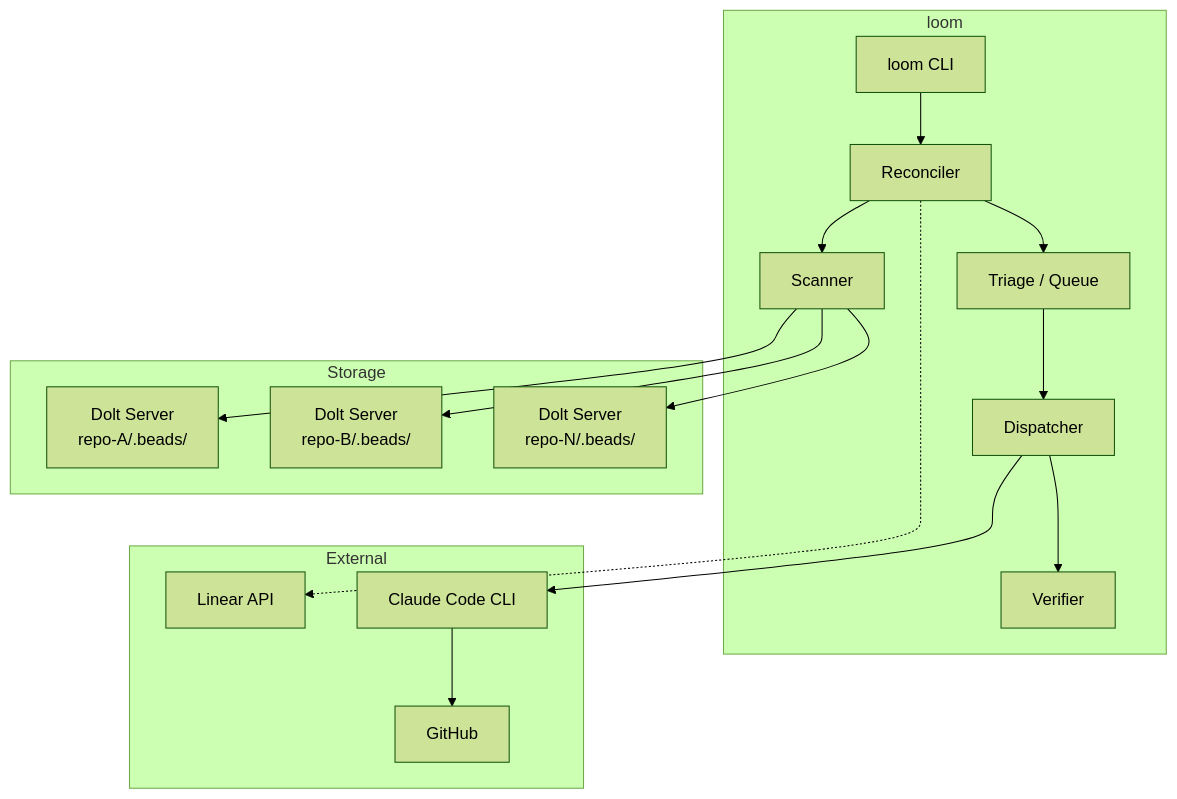
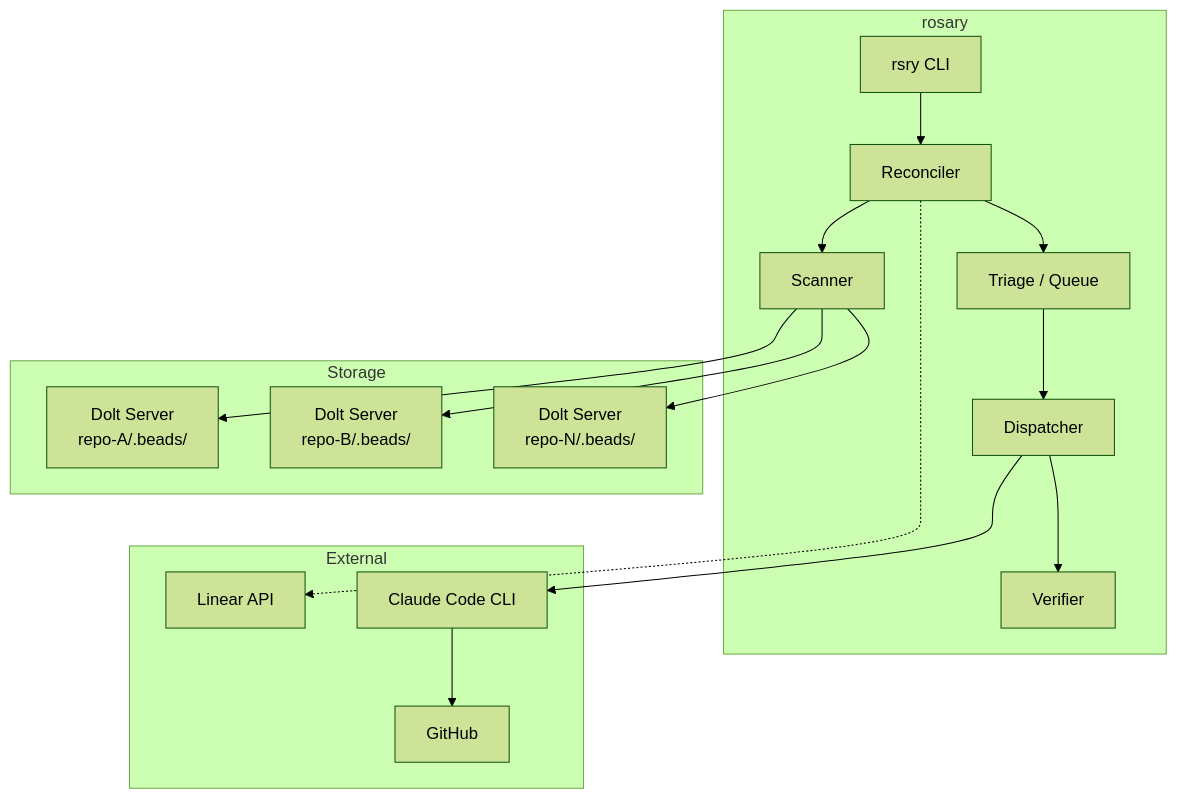
One commit to agentic-research/rosary changed the first of 7 diagrams in docs/ARCHITECTURE.md. Above: the diagram before and after it, drawn with Mermaid (forest theme). The commit also changed other lines of this file and 12 other files, not shown here.

First line of the commit message:
feat: rename loom → rosary, CLI binary rsry (loom-agf)

````diff
--- a/docs/ARCHITECTURE.md
+++ b/docs/ARCHITECTURE.md
@@ -7,31 +7,31 @@
 ```mermaid
 graph TB
-    subgraph "loom"
-        CLI[loom CLI]
+    subgraph "rosary"
+        CLI[rsry CLI]
         RC[Reconciler]
         SC[Scanner]
         TR[Triage / Queue]
         DI[Dispatcher]
         VE[Verifier]
     end
 
     subgraph "Storage"
         D1[Dolt Server<br/>repo-A/.beads/]
         D2[Dolt Server<br/>repo-B/.beads/]
         DN[Dolt Server<br/>repo-N/.beads/]
     end
 
     subgraph "External"
         LN[Linear API]
         CC[Claude Code CLI]
         GH[GitHub]
     end
 
     CLI --> RC
     RC --> SC --> D1 & D2 & DN
     RC --> TR
     TR --> DI --> CC
     DI --> VE
     RC -.-> LN
     CC --> GH
 ```
````
